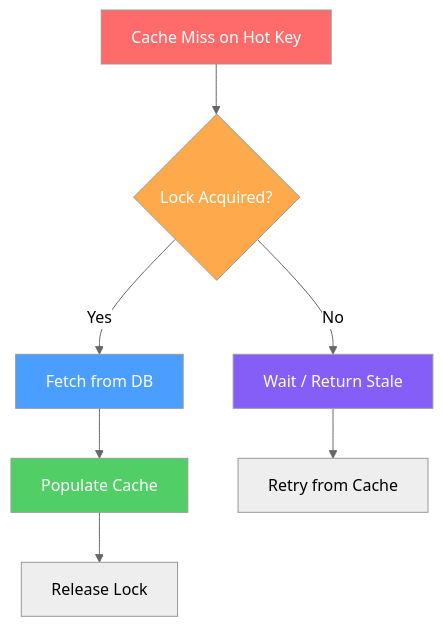
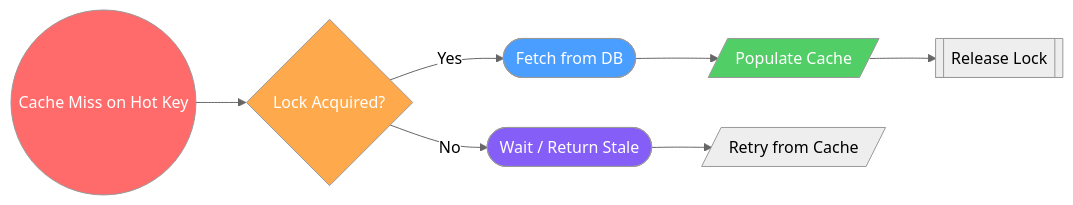
The eighth of 11 diagrams in docs/distributedCaching.md (saivamsikaruturi/vamsilabs-dev-notes-main), drawn with Mermaid (neutral theme) before and after one commit. The commit also changed other lines of this file and 146 other files, not shown here.

Commit message:
Horizontal diagrams, UML class diagrams, typography overhaul, and permalink cleanup

````diff
--- a/docs/distributedCaching.md
+++ b/docs/distributedCaching.md
@@ -238,15 +238,15 @@
 ```mermaid
-flowchart TD
-    A[Cache Miss on Hot Key] --> B{Lock Acquired?}
-    B -->|Yes| C[Fetch from DB]
-    C --> D[Populate Cache]
-    D --> E[Release Lock]
-    B -->|No| F[Wait / Return Stale]
-    F --> G[Retry from Cache]
+flowchart LR
+    A(("Cache Miss on Hot Key")) --> B{"Lock Acquired?"}
+    B -->|Yes| C(["Fetch from DB"])
+    C --> D[/"Populate Cache"/]
+    D --> E[["Release Lock"]]
+    B -->|No| F(["Wait / Return Stale"])
+    F --> G[/"Retry from Cache"/]
 
     style A fill:#ff6b6b,color:#fff
     style B fill:#ffa94d,color:#fff
     style C fill:#4a9eff,color:#fff
     style D fill:#51cf66,color:#fff
     style F fill:#845ef7,color:#fff
 ```
````
